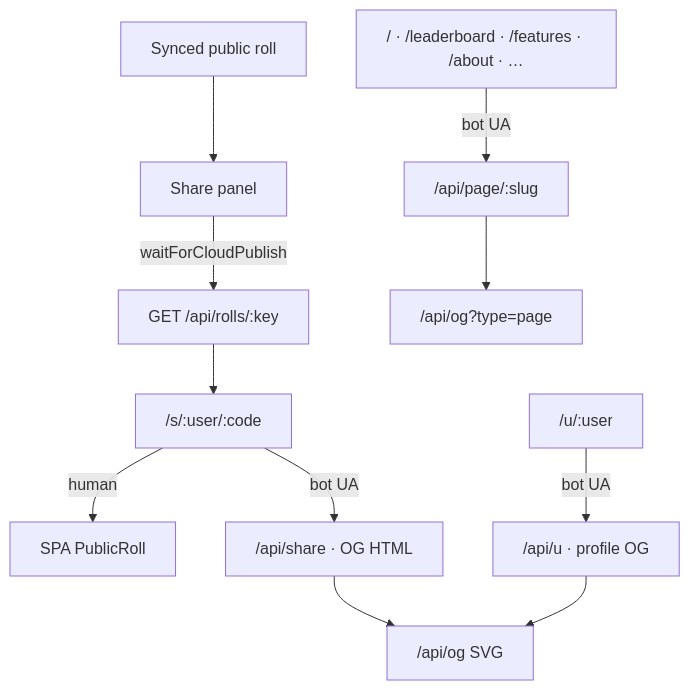
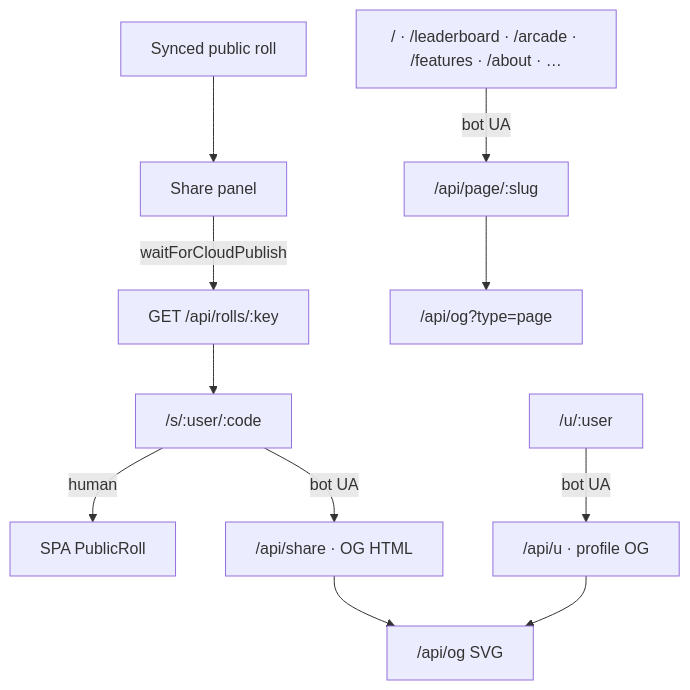
Before and after one commit to jondmarien/rngdle-unlocked: the sixth of 6 diagrams in docs/ARCHITECTURE.md, drawn with Mermaid. The commit also changed other lines of this file and 12 other files, not shown here.

````diff
--- a/docs/ARCHITECTURE.md
+++ b/docs/ARCHITECTURE.md
@@ -167,13 +172,13 @@
 ```mermaid
 flowchart TB
   Roll[Synced public roll] --> Share[Share panel]
   Share -->|waitForCloudPublish| API["GET /api/rolls/:key"]
   API --> Vanity["/s/:user/:code"]
   Vanity -->|human| SPA[SPA PublicRoll]
   Vanity -->|bot UA| HTML["/api/share · OG HTML"]
   HTML --> Img["/api/og SVG"]
   Profile["/u/:user"] -->|bot UA| UHTML["/api/u · profile OG"]
   UHTML --> Img
-  Pages["/ · /leaderboard · /features · /about · …"] -->|bot UA| PageHTML["/api/page/:slug"]
+  Pages["/ · /leaderboard · /arcade · /features · /about · …"] -->|bot UA| PageHTML["/api/page/:slug"]
   PageHTML --> PageImg["/api/og?type=page"]
 ```
````
